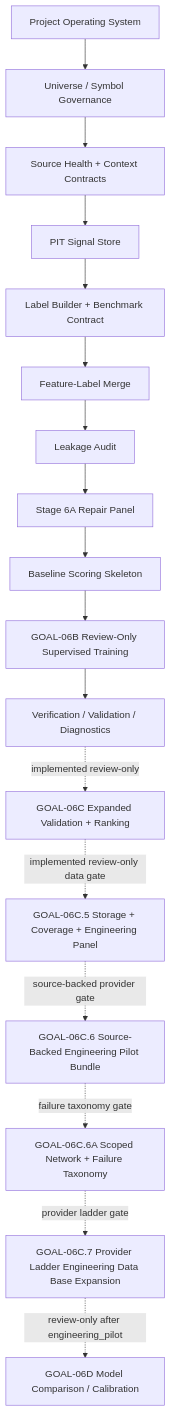
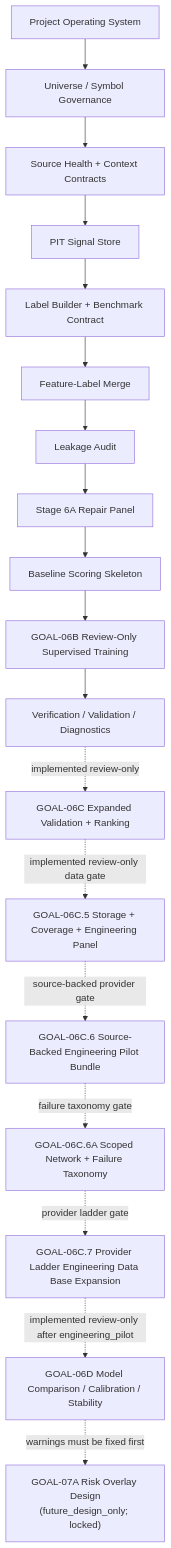
One commit to RyanLu0203/A_share_premarket_core changed the diagram in docs/10_PROGRAM_ROADMAP_AND_ARCHITECTURE.md. Above: the diagram before and after it, drawn with Mermaid. The commit also changed other lines of this file and 75 other files, not shown here.

Commit message:
Add GOAL-06D review-only model comparison gate

````diff
--- a/docs/10_PROGRAM_ROADMAP_AND_ARCHITECTURE.md
+++ b/docs/10_PROGRAM_ROADMAP_AND_ARCHITECTURE.md
@@ -11,19 +11,20 @@
 ```mermaid
 flowchart TD
     A["Project Operating System"] --> B["Universe / Symbol Governance"]
     B --> C["Source Health + Context Contracts"]
     C --> D["PIT Signal Store"]
     D --> E["Label Builder + Benchmark Contract"]
     E --> F["Feature-Label Merge"]
     F --> G["Leakage Audit"]
     G --> H["Stage 6A Repair Panel"]
     H --> I["Baseline Scoring Skeleton"]
     I --> J["GOAL-06B Review-Only Supervised Training"]
     J --> K["Verification / Validation / Diagnostics"]
     K -. "implemented review-only" .-> L["GOAL-06C Expanded Validation + Ranking"]
     L -. "implemented review-only data gate" .-> N["GOAL-06C.5 Storage + Coverage + Engineering Panel"]
     N -. "source-backed provider gate" .-> O["GOAL-06C.6 Source-Backed Engineering Pilot Bundle"]
     O -. "failure taxonomy gate" .-> P["GOAL-06C.6A Scoped Network + Failure Taxonomy"]
     P -. "provider ladder gate" .-> Q["GOAL-06C.7 Provider Ladder Engineering Data Base Expansion"]
-    Q -. "review-only after engineering_pilot" .-> M["GOAL-06D Model Comparison / Calibration"]
+    Q -. "implemented review-only after engineering_pilot" .-> M["GOAL-06D Model Comparison / Calibration / Stability"]
+    M -. "warnings must be fixed first" .-> R["GOAL-07A Risk Overlay Design<br/>(future_design_only; locked)"]
 ```
````
